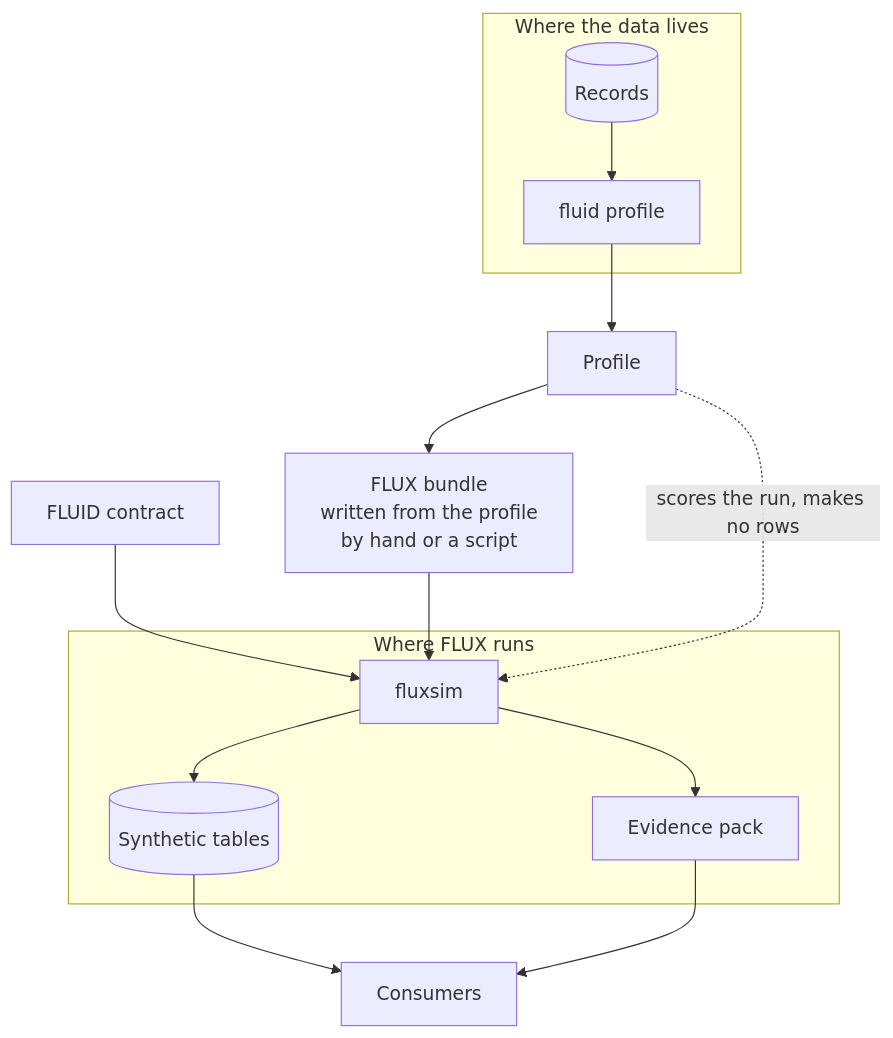
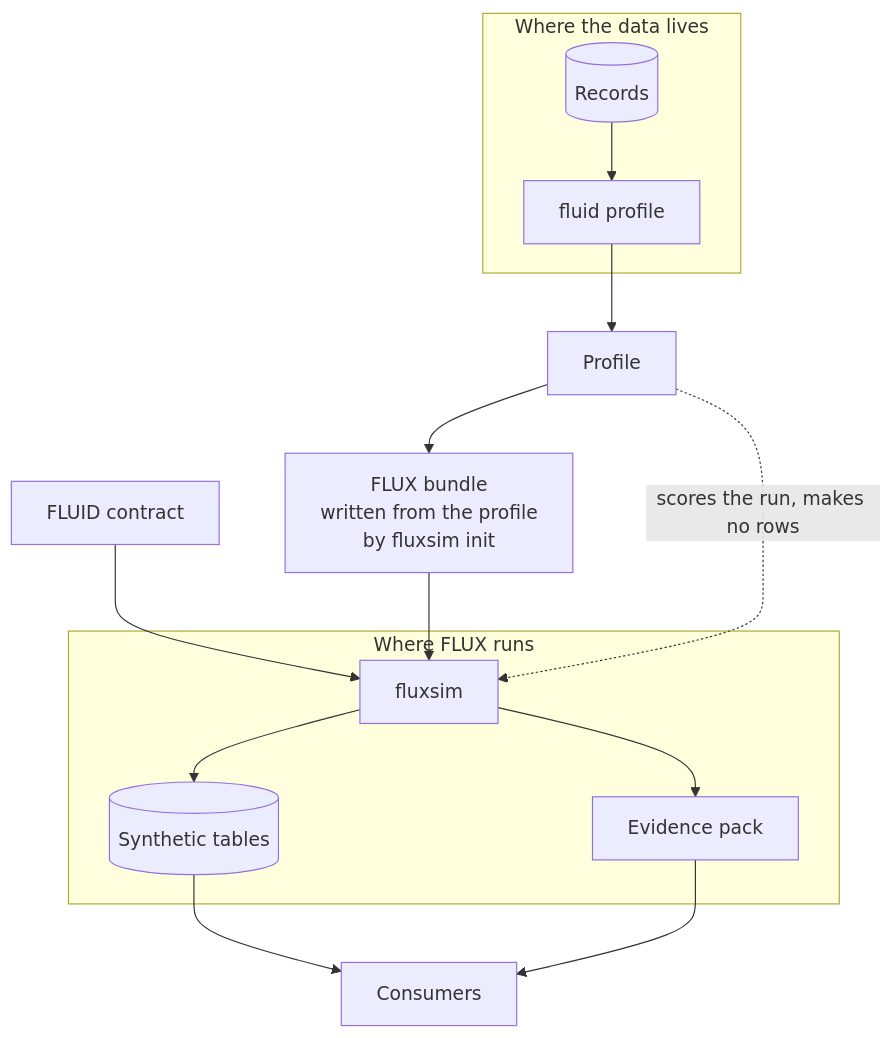
Before and after one commit to Agenticstiger/flux: the first of 4 diagrams in docs/engine/explanation/architecture.md, drawn with Mermaid. The commit also changed other lines of this file and 24 other files, not shown here.

First line of the commit message:
docs(engine): the site carries engine v0.6.2 and its bundle-from-a-profile how-to (#31)

````diff
--- a/docs/engine/explanation/architecture.md
+++ b/docs/engine/explanation/architecture.md
@@ -41,22 +41,22 @@
 ```mermaid
 flowchart TB
   subgraph owner ["Where the data lives"]
     records[("Records")]
     profiler["fluid profile"]
   end
   contract["FLUID contract"]
   profile["Profile"]
-  bundle["FLUX bundle<br/>written from the profile<br/>by hand or a script"]
+  bundle["FLUX bundle<br/>written from the profile<br/>by fluxsim init"]
   subgraph engine ["Where FLUX runs"]
     fluxsim["fluxsim"]
     tables[("Synthetic tables")]
     pack["Evidence pack"]
   end
   consumers["Consumers"]
   records --> profiler --> profile --> bundle
   contract --> fluxsim
   bundle --> fluxsim
   profile -. "scores the run, makes no rows" .-> fluxsim
   fluxsim --> tables --> consumers
   fluxsim --> pack --> consumers
 ```
````
